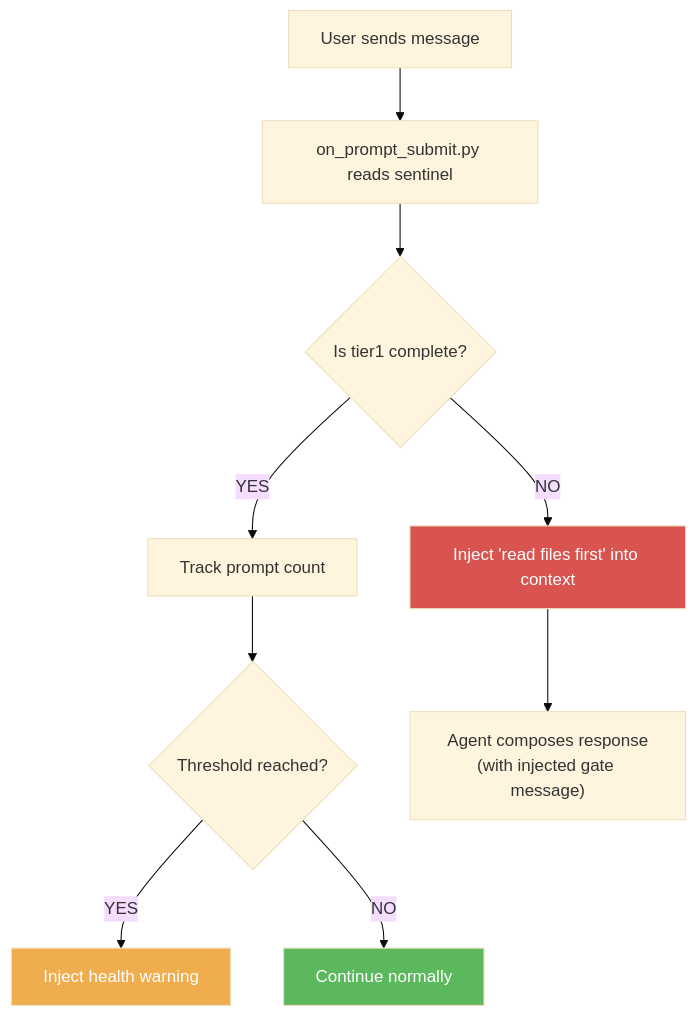
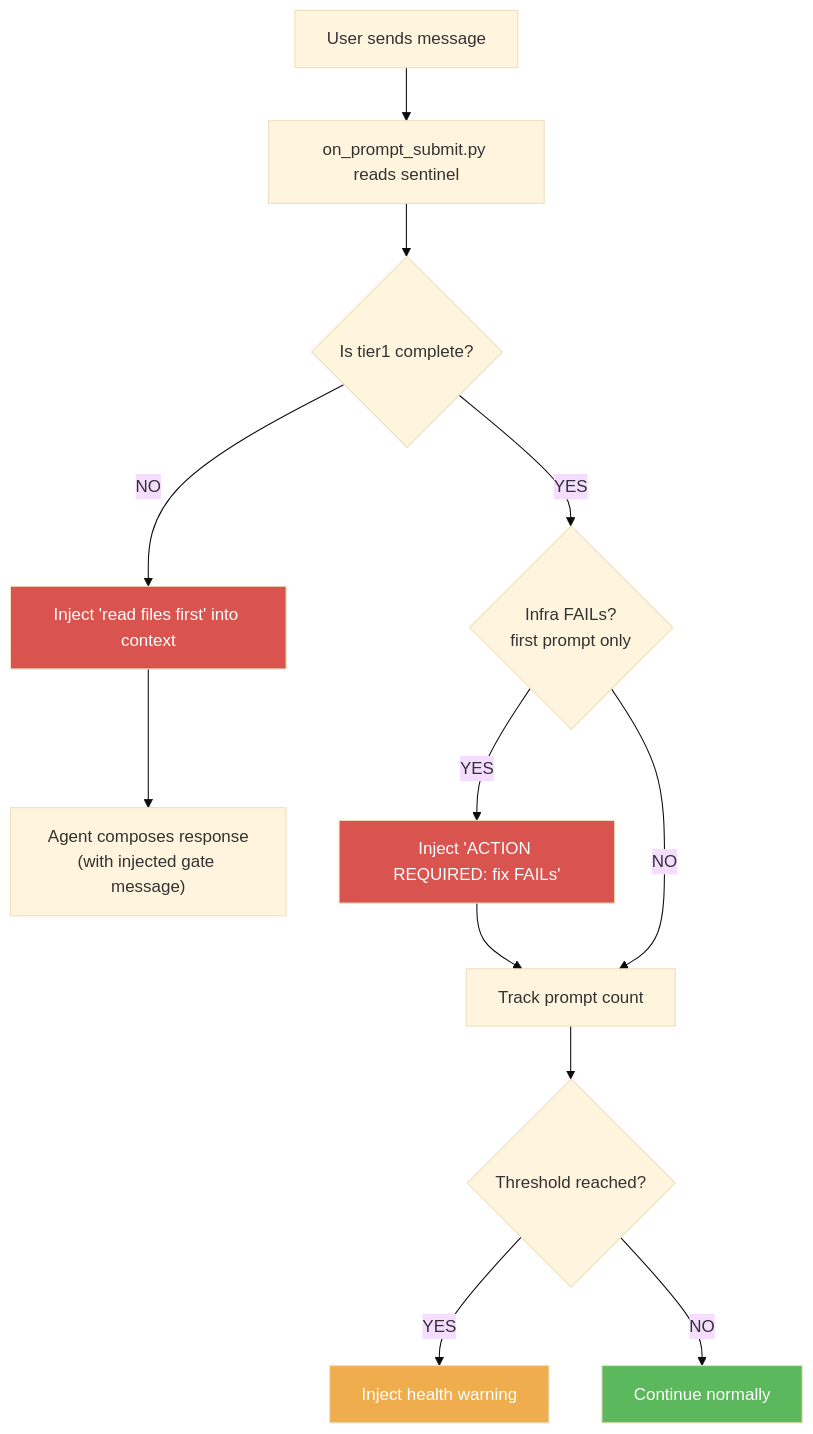
The second of 2 diagrams in docs/course/module-4-gates.md (dexmaddy/agentic-ai-tiered-startup), drawn with Mermaid (base theme) before and after one commit. The commit also changed other lines of this file and 4 other files, not shown here.

First line of the commit message:
Add infra FAIL gate to UserPromptSubmit hook

````diff
--- a/docs/course/module-4-gates.md
+++ b/docs/course/module-4-gates.md
@@ -133,15 +133,19 @@
 ```mermaid
 graph TD
     A["User sends message"] --> B["on_prompt_submit.py reads sentinel"]
     B --> C{Is tier1 complete?}
     C -->|NO| D["Inject 'read files first' into context"]
-    C -->|YES| E["Track prompt count"]
-    E --> F{Threshold reached?}
-    F -->|YES| G["Inject health warning"]
-    F -->|NO| H["Continue normally"]
-    D --> I["Agent composes response<br/>(with injected gate message)"]
+    C -->|YES| E{Infra FAILs?<br/>first prompt only}
+    E -->|YES| E1["Inject 'ACTION REQUIRED: fix FAILs'"]
+    E -->|NO| F["Track prompt count"]
+    F --> G{Threshold reached?}
+    G -->|YES| H["Inject health warning"]
+    G -->|NO| I["Continue normally"]
+    D --> J["Agent composes response<br/>(with injected gate message)"]
+    E1 --> F
 
     style D fill:#d9534f,color:#fff
-    style G fill:#f0ad4e,color:#fff
-    style H fill:#5cb85c,color:#fff
+    style E1 fill:#d9534f,color:#fff
+    style H fill:#f0ad4e,color:#fff
+    style I fill:#5cb85c,color:#fff
 ```
````
